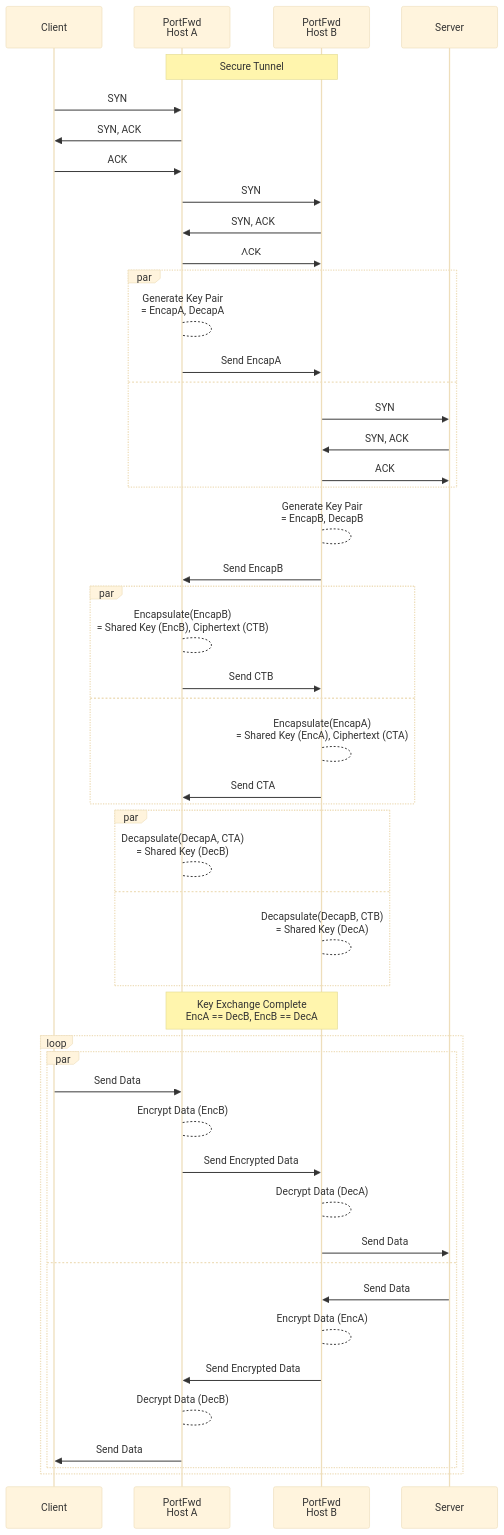
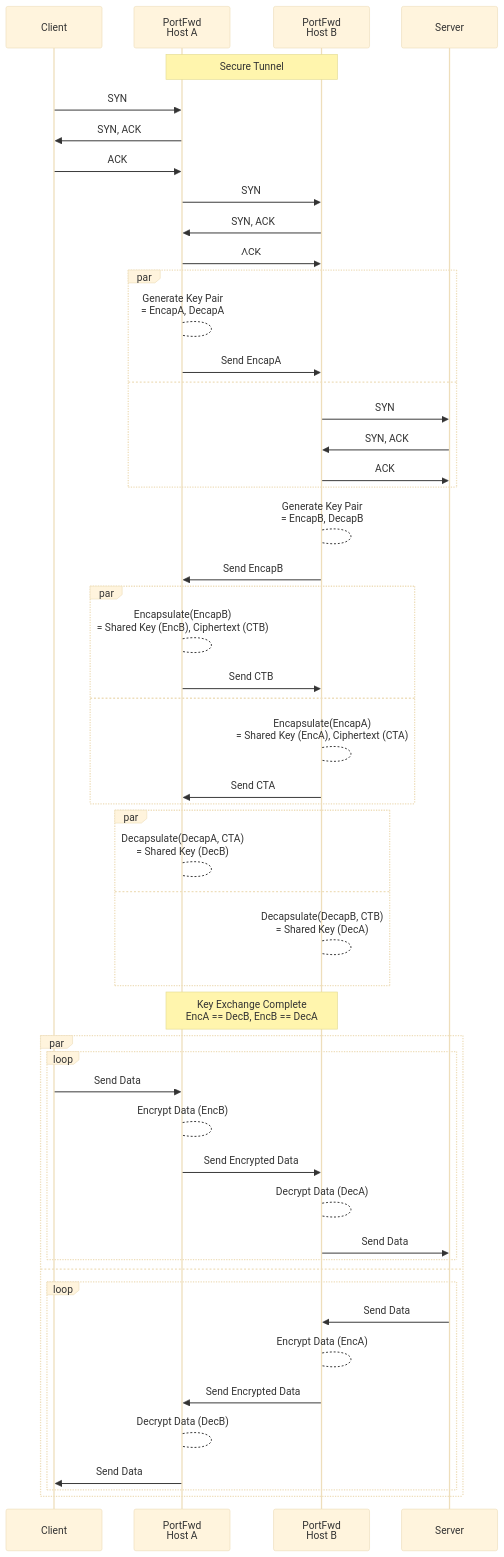
One commit to cmason3/portfwd changed the diagram in README.md. Above: the diagram before and after it, drawn with Mermaid (base theme).

````diff
--- a/README.md
+++ b/README.md
@@ -32,58 +32,60 @@
 ```mermaid
 sequenceDiagram
     participant C as Client
     participant A as PortFwd<br />Host A
     participant B as PortFwd<br />Host B
     participant S as Server
     Note over A,B: Secure Tunnel
     C->>A: SYN
     A->>C: SYN, ACK
     C->>A: ACK
     A->>B: SYN
     B->>A: SYN, ACK
     A->>B: ACK
 
     par
       A-->A: Generate Key Pair<br />= EncapA, DecapA
       A->>B: Send EncapA
     and
       B->>S: SYN
       S->>B: SYN, ACK
       B->>S: ACK
     end
 
     B-->B: Generate Key Pair<br />= EncapB, DecapB
     B->>A: Send EncapB
 
     par
       A-->A: Encapsulate(EncapB)<br />= Shared Key (EncB), Ciphertext (CTB)
       A->>B: Send CTB
     and
       B-->B: Encapsulate(EncapA)<br />= Shared Key (EncA), Ciphertext (CTA)
       B->>A: Send CTA
     end
 
     par
       A-->A: Decapsulate(DecapA, CTA)<br /> = Shared Key (DecB)
     and
       B-->B: Decapsulate(DecapB, CTB)<br /> = Shared Key (DecA)
     end
 
     Note over A,B: Key Exchange Complete<br />EncA == DecB, EncB == DecA
 
-    loop
-      par
+    par
+      loop
         C->>A: Send Data
         A-->A: Encrypt Data (EncB)
         A->>B: Send Encrypted Data
         B-->B: Decrypt Data (DecA)
         B->>S: Send Data
-      and
+      end
+    and
+      loop
         S->>B: Send Data
         B-->B: Encrypt Data (EncA)
         B->>A: Send Encrypted Data
         A-->A: Decrypt Data (DecB)
         A->>C: Send Data
       end
     end
 ```
````
